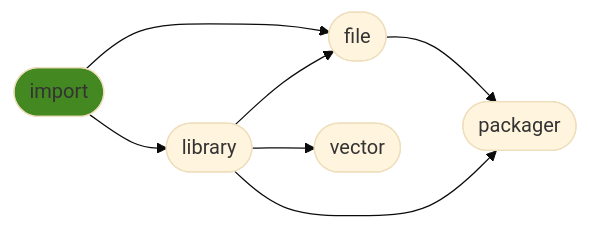
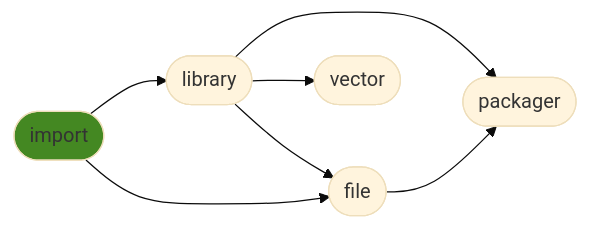
Before and after one commit to ManderaGeneral/generalimport: the diagram in README.md, drawn with Mermaid (base theme). The commit also changed other lines of this file, not shown here.

````diff
--- a/README.md
+++ b/README.md
@@ -28,15 +28,15 @@
 ```mermaid
 flowchart LR
+1([library]) --> 2([file])
 0([import]) --> 2([file])
-1([library]) --> 2([file])
+1([library]) --> 3([vector])
+1([library]) --> 4([packager])
+0([import]) --> 1([library])
 2([file]) --> 4([packager])
-0([import]) --> 1([library])
-1([library]) --> 4([packager])
-1([library]) --> 3([vector])
 click 0 "https://github.com/ManderaGeneral/generalimport"
 click 1 "https://github.com/ManderaGeneral/generallibrary"
 click 2 "https://github.com/ManderaGeneral/generalfile"
 click 3 "https://github.com/ManderaGeneral/generalvector"
 click 4 "https://github.com/ManderaGeneral/generalpackager"
 style 0 fill:#482
 ```
````
